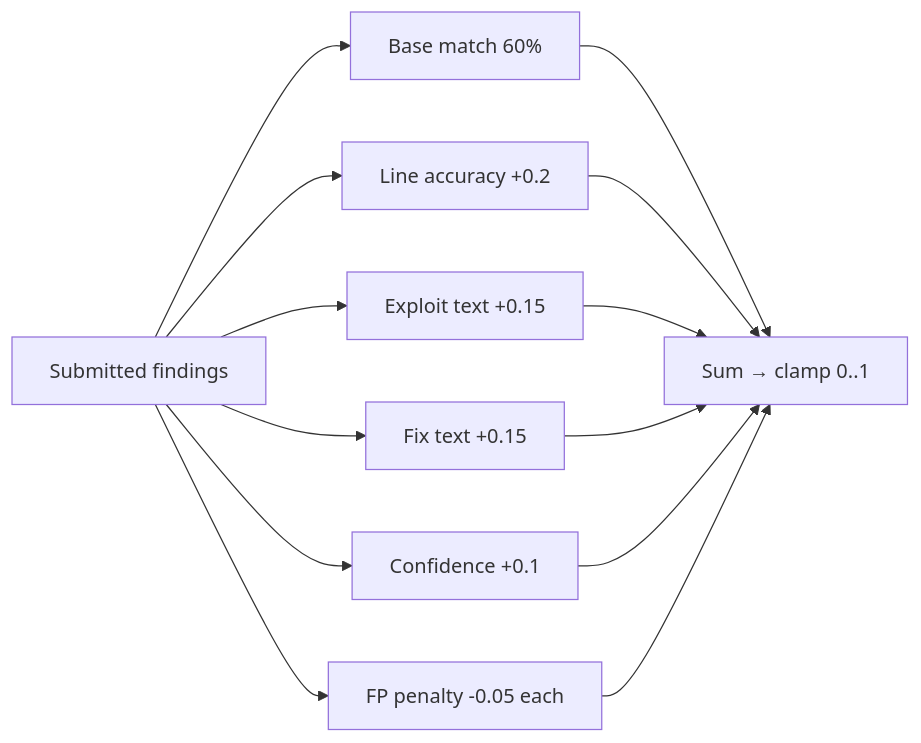
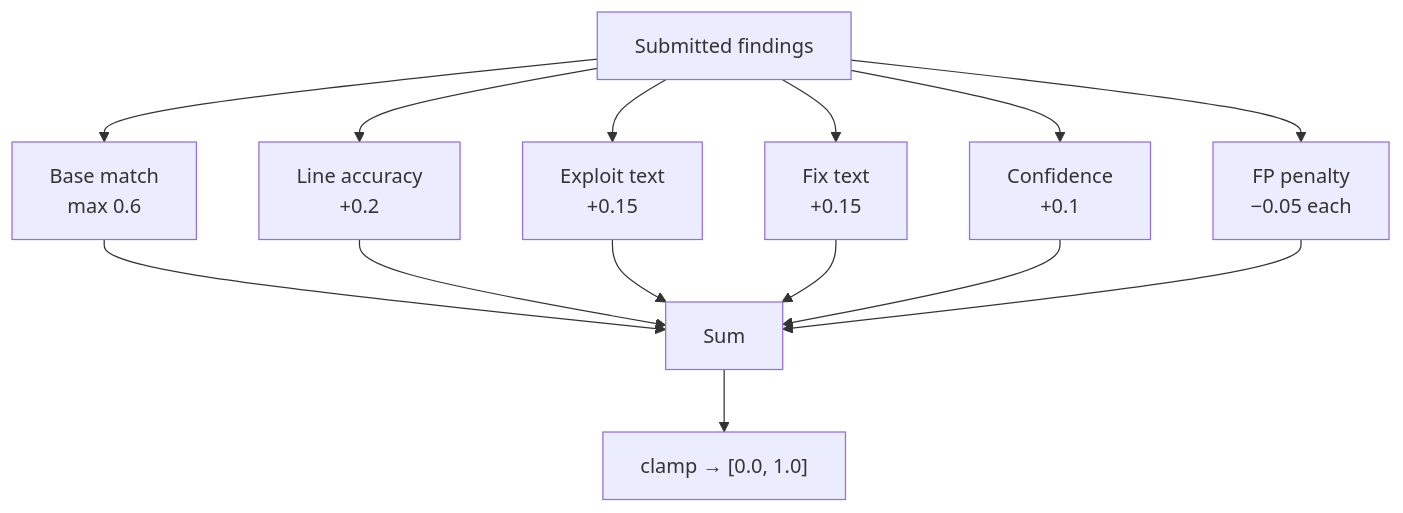
One commit to tanaymitra54/solidity_guard_razorpay changed the tenth of 13 diagrams in README.md. Above: the diagram before and after it, drawn with Mermaid. The commit also changed other lines of this file, not shown here.

First line of the commit message:
docs: prize-style README with charts and architecture diagrams

````diff
--- a/README.md
+++ b/README.md
@@ -362,15 +263,16 @@
 ```mermaid
-flowchart LR
-    F[Submitted findings] --> B[Base match 60%]
-    F --> L[Line accuracy +0.2]
-    F --> E[Exploit text +0.15]
-    F --> X[Fix text +0.15]
-    F --> C[Confidence +0.1]
-    F --> P[FP penalty -0.05 each]
-    B --> S[Sum → clamp 0..1]
+flowchart TB
+    F[Submitted findings] --> B[Base match<br/>max 0.6]
+    F --> L[Line accuracy<br/>+0.2]
+    F --> E[Exploit text<br/>+0.15]
+    F --> X[Fix text<br/>+0.15]
+    F --> C[Confidence<br/>+0.1]
+    F --> P[FP penalty<br/>−0.05 each]
+    B --> S[Sum]
     L --> S
     E --> S
     X --> S
     C --> S
     P --> S
+    S --> CLAMP["clamp → [0.0, 1.0]"]
 ```
````
